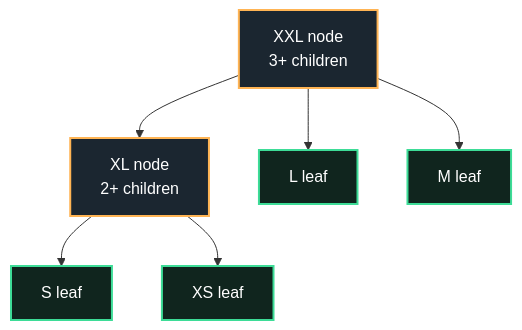
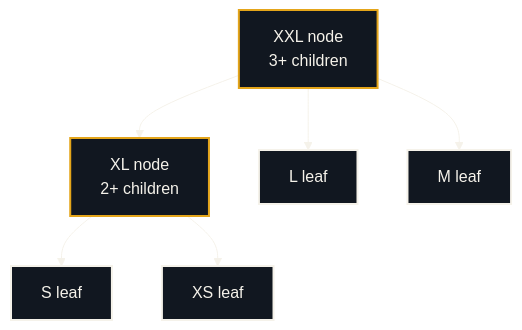
One commit to luanmorenommaciel/task-spec changed the fourth of 5 diagrams in README.md. Above: the diagram before and after it, drawn with Mermaid. The commit also changed other lines of this file and 16 other files, not shown here.

````diff
--- a/README.md
+++ b/README.md
@@ -427,12 +521,13 @@
 ```mermaid
+%%{init: {'theme': 'base', 'themeVariables': { 'background': '#070A0F', 'primaryColor': '#1a2028', 'primaryTextColor': '#F5F2EA', 'primaryBorderColor': '#29313A', 'lineColor': '#F5F2EA'}}}%%
 flowchart TD
     XXL["XXL node<br/>3+ children"] --> XL["XL node<br/>2+ children"]
     XXL --> L["L leaf"]
     XXL --> M["M leaf"]
     XL --> S["S leaf"]
     XL --> XS["XS leaf"]
-    classDef node fill:#1b2630,stroke:#ffb454,color:#ffffff,stroke-width:2px;
-    classDef leaf fill:#10251e,stroke:#3ddc97,color:#ffffff,stroke-width:2px;
+    classDef node fill:#111720,stroke:#E4A51A,color:#F5F2EA,stroke-width:2px;
+    classDef leaf fill:#111720,stroke:#F5F2EA,color:#F5F2EA,stroke-width:2px;
     class XXL,XL node;
     class L,M,S,XS leaf;
 ```
````
